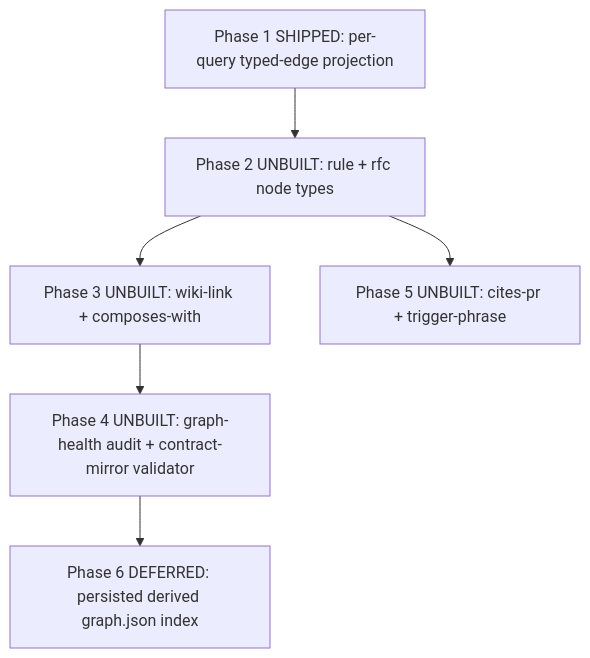
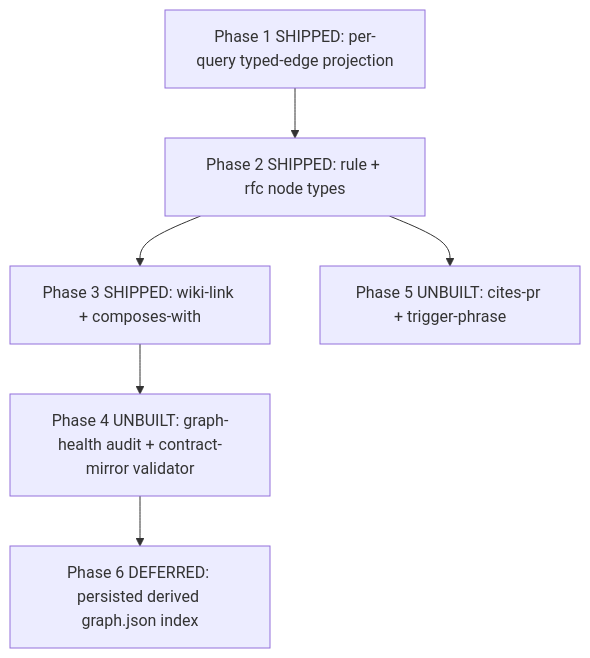
The diagram in docs/rfcs/RFC-007-graph-projection.md (lantisprime/episodic-memory), drawn with Mermaid before and after one commit. The commit also changed other lines of this file and 4 other files, not shown here.

First line of the commit message:
RFC-007 Phase 3: wiki-link + composes-with edges with slugify() resolution and dangling tracking (fixes #589) (#617)

````diff
--- a/docs/rfcs/RFC-007-graph-projection.md
+++ b/docs/rfcs/RFC-007-graph-projection.md
@@ -391,15 +399,15 @@
 ```mermaid
 graph TD
     P1[Phase 1 SHIPPED: per-query typed-edge projection]
-    P2[Phase 2 UNBUILT: rule + rfc node types]
-    P3[Phase 3 UNBUILT: wiki-link + composes-with]
+    P2[Phase 2 SHIPPED: rule + rfc node types]
+    P3[Phase 3 SHIPPED: wiki-link + composes-with]
     P4[Phase 4 UNBUILT: graph-health audit + contract-mirror validator]
     P5[Phase 5 UNBUILT: cites-pr + trigger-phrase]
     P6[Phase 6 DEFERRED: persisted derived graph.json index]
 
     P1 --> P2
     P2 --> P3
     P3 --> P4
     P2 --> P5
     P4 --> P6
 ```
````
